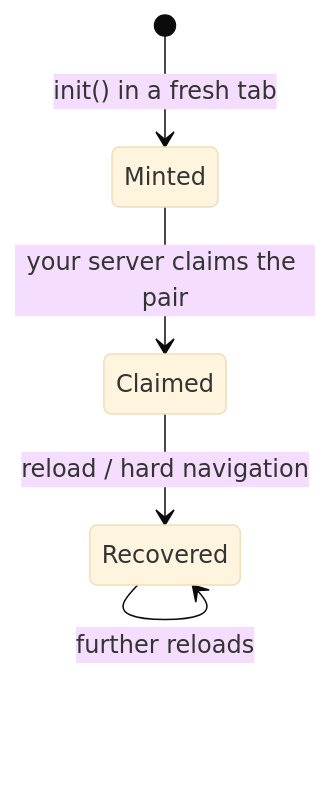
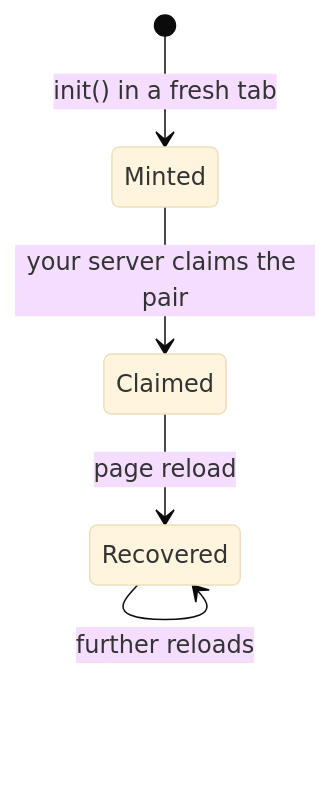
One commit to Ourguide-ai/docs changed the diagram in agent-sdk/claiming-sessions.mdx. Above: the diagram before and after it, drawn with Mermaid (base theme). The commit also changed other lines of this file, not shown here.

Commit message:
Describe session recovery as a page reload

````diff
--- a/agent-sdk/claiming-sessions.mdx
+++ b/agent-sdk/claiming-sessions.mdx
@@ -10,7 +10,7 @@
 ```mermaid
 stateDiagram-v2
     [*] --> Minted: init() in a fresh tab
     Minted --> Claimed: your server claims the pair
-    Claimed --> Recovered: reload / hard navigation
+    Claimed --> Recovered: page reload
     Recovered --> Recovered: further reloads
 ```
````
